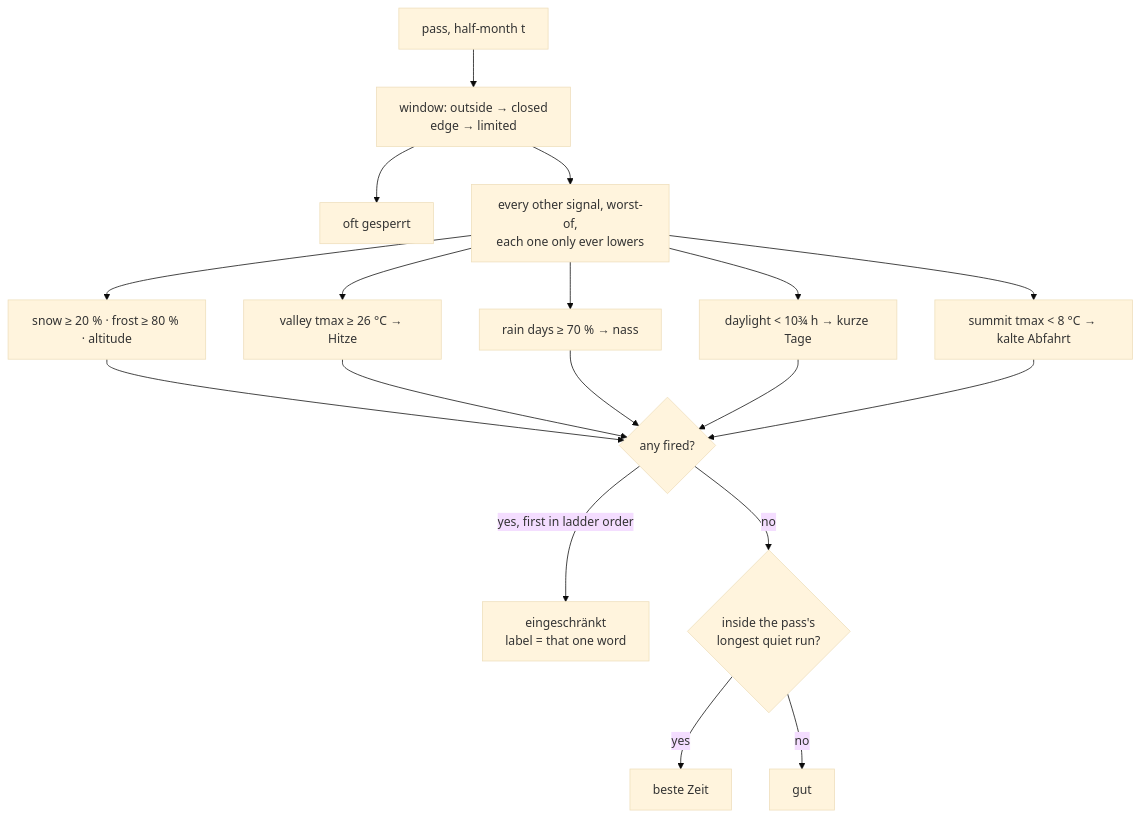
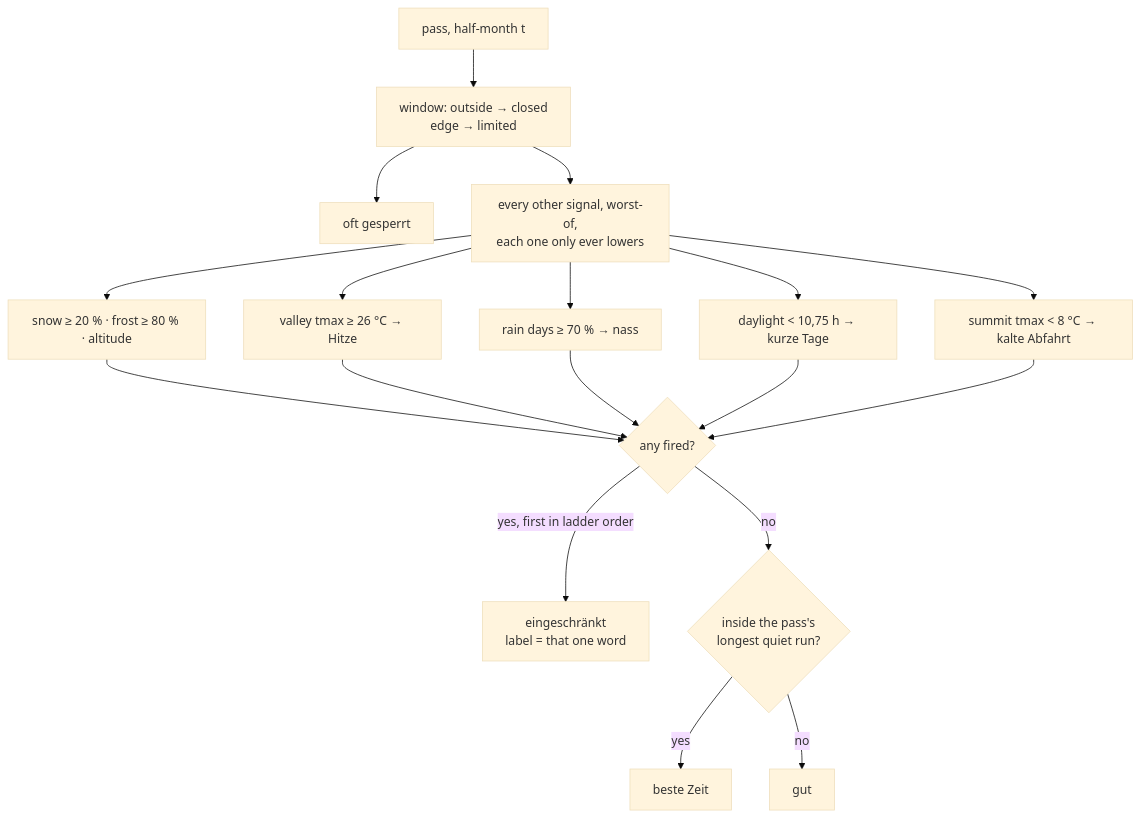
Before and after one commit to mdugue/alpen: the diagram in docs/scales.md, drawn with Mermaid (base theme). The commit also changed other lines of this file and 13 other files, not shown here.

````diff
--- a/docs/scales.md
+++ b/docs/scales.md
@@ -53,16 +53,16 @@
 ```mermaid
 flowchart TD
   A["pass, half-month t"] --> W["window: outside → closed<br/>edge → limited"]
   W --> X["oft gesperrt"]
   W --> S["every other signal, worst-of,<br/>each one only ever lowers"]
   S --> S1["snow ≥ 20 % · frost ≥ 80 % · altitude"]
   S --> S2["valley tmax ≥ 26 °C → Hitze"]
   S --> S3["rain days ≥ 70 % → nass"]
-  S --> S4["daylight < 10¾ h → kurze Tage"]
+  S --> S4["daylight < 10,75 h → kurze Tage"]
   S --> S5["summit tmax < 8 °C → kalte Abfahrt"]
   S1 & S2 & S3 & S4 & S5 --> L{"any fired?"}
   L -- "yes, first in ladder order" --> R["eingeschränkt<br/>label = that one word"]
   L -- "no" --> G{"inside the pass's<br/>longest quiet run?"}
   G -- "yes" --> B["beste Zeit"]
   G -- "no" --> O["gut"]
 ```
````
